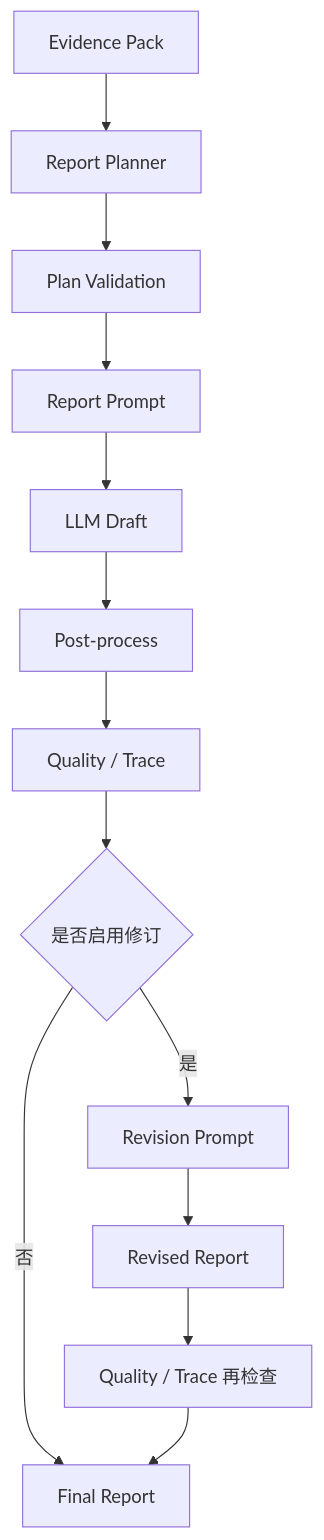
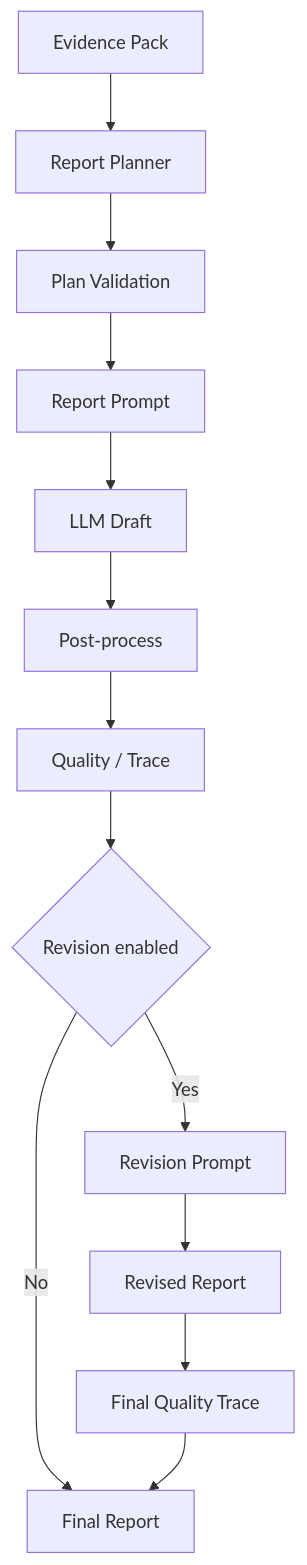
Before and after one commit to xiaodazhao/tbm-report: the third of 3 diagrams in backend/docs/README.md, drawn with Mermaid. The commit also changed other lines of this file and 1 other file, not shown here.

Commit message:
Fix GitHub Mermaid diagram rendering

````diff
--- a/backend/docs/README.md
+++ b/backend/docs/README.md
@@ -82,15 +82,15 @@
 ```mermaid
 flowchart TD
     A[Evidence Pack] --> B[Report Planner]
     B --> C[Plan Validation]
     C --> D[Report Prompt]
     D --> E[LLM Draft]
     E --> F[Post-process]
     F --> G[Quality / Trace]
-    G --> H{是否启用修订}
-    H -- 否 --> I[Final Report]
-    H -- 是 --> J[Revision Prompt]
+    G --> H{Revision enabled}
+    H -- No --> I[Final Report]
+    H -- Yes --> J[Revision Prompt]
     J --> K[Revised Report]
-    K --> L[Quality / Trace 再检查]
+    K --> L[Final Quality Trace]
     L --> I
 ```
````
